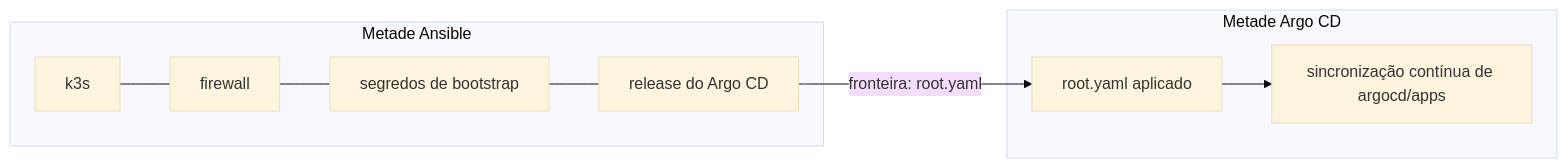
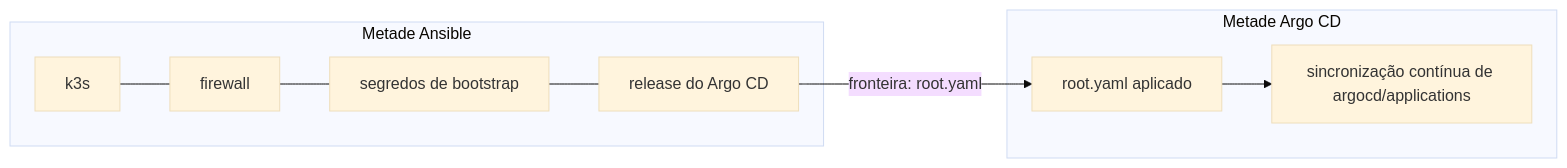
One commit to ladesa-ro/infrastructure changed the third of 3 diagrams in docs/arquitetura/index.md. Above: the diagram before and after it, drawn with Mermaid (base theme). The commit also changed other lines of this file and 56 other files, not shown here.

Commit message:
refactor(argocd): rename apps to applications and foundation to apps

````diff
--- a/docs/arquitetura/index.md
+++ b/docs/arquitetura/index.md
@@ -53,10 +53,10 @@
 ```mermaid
 flowchart LR
     subgraph Ansible["Metade Ansible"]
         K3s[k3s] --- FW[firewall] --- Segredos[segredos de bootstrap] --- Release[release do Argo CD]
     end
     subgraph ArgoCDMetade["Metade Argo CD"]
-        Root[root.yaml aplicado] --> Continuo[sincronização contínua de argocd/apps]
+        Root[root.yaml aplicado] --> Continuo[sincronização contínua de argocd/applications]
     end
     Release -->|fronteira: root.yaml| Root
 ```
````
